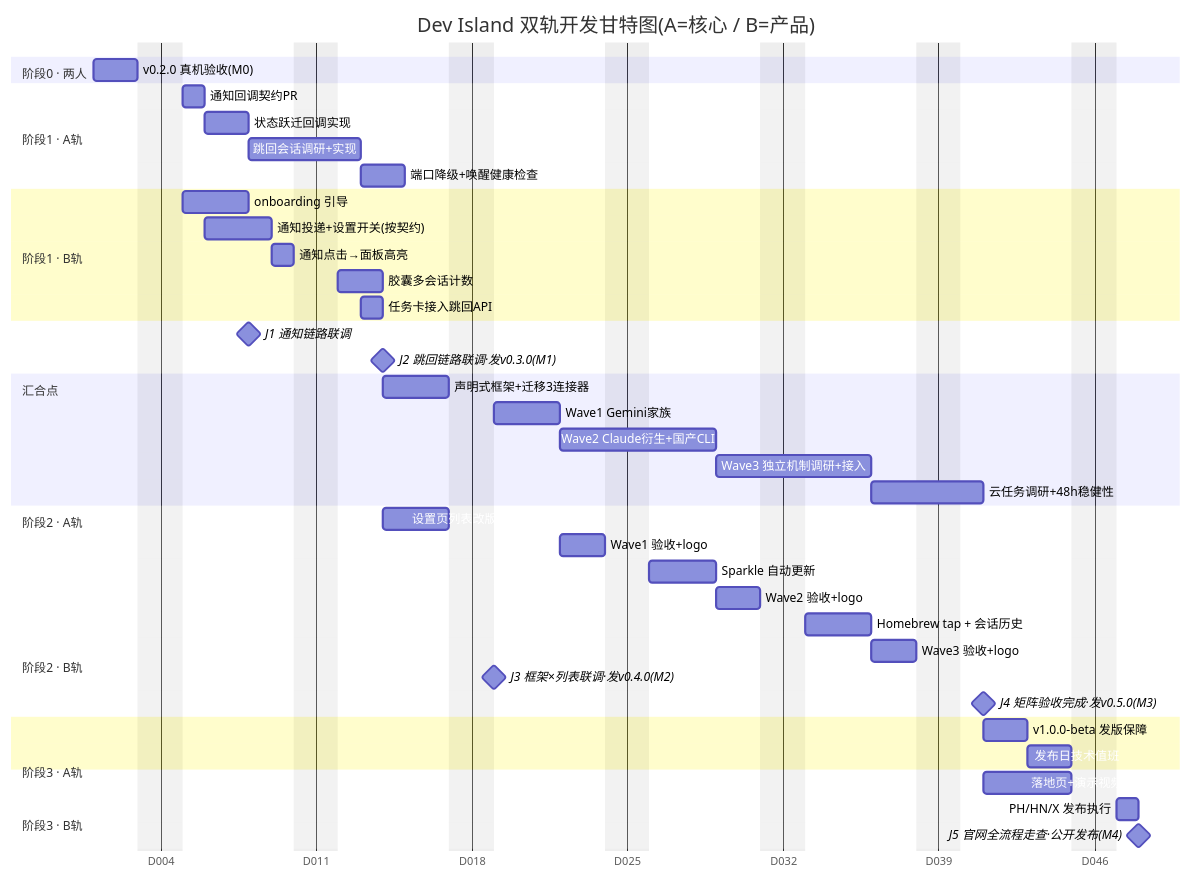
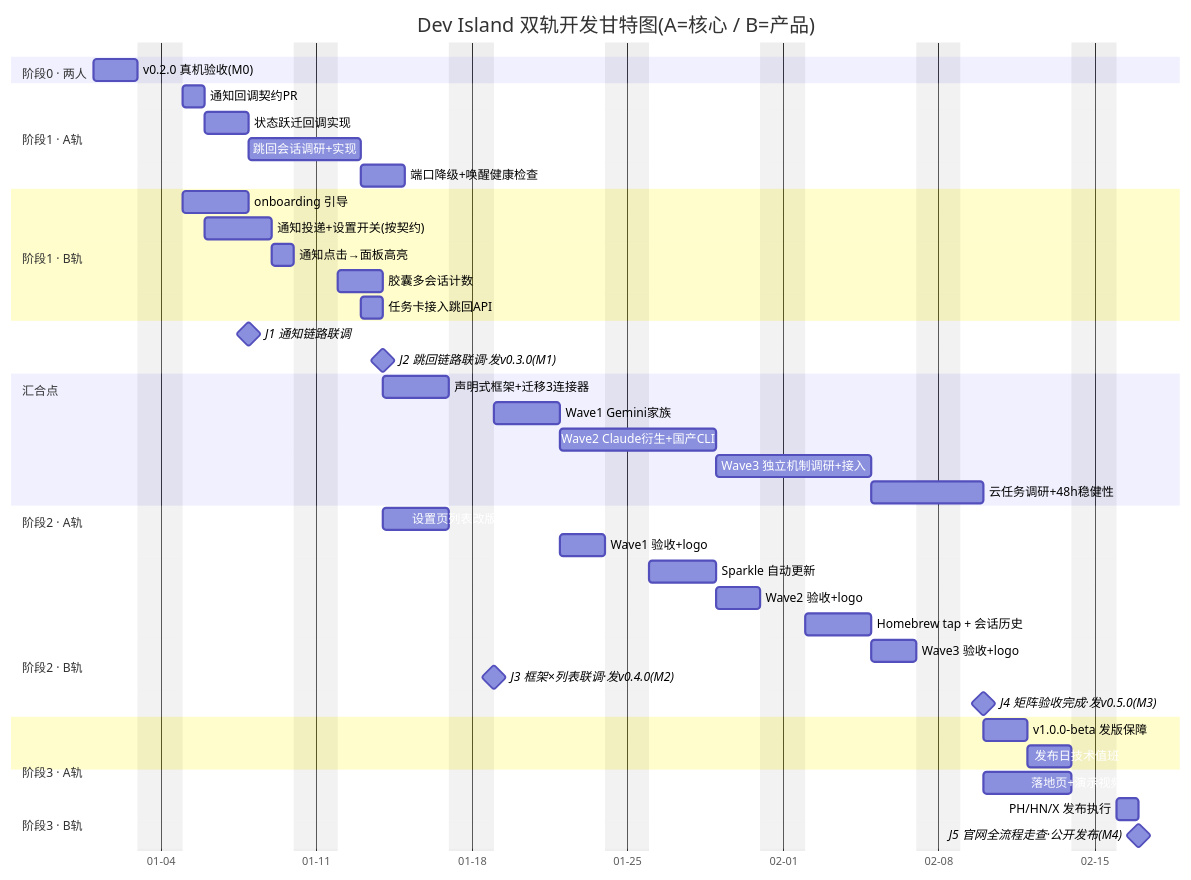
Before and after one commit to sheepxux/Dev-Island: the diagram in docs/ROADMAP.md, drawn with Mermaid. The commit also changed other lines of this file and 5 other files, not shown here.

````diff
--- a/docs/ROADMAP.md
+++ b/docs/ROADMAP.md
@@ -100,57 +100,57 @@
 ```mermaid
 gantt
     title Dev Island 双轨开发甘特图(A=核心 / B=产品)
     dateFormat  YYYY-MM-DD
-    axisFormat  D%j
+    axisFormat  %m-%d
     excludes    weekends
 
     section 阶段0 · 两人
     v0.2.0 真机验收(M0)          :m0, 2026-01-01, 2d
 
     section 阶段1 · A轨
     通知回调契约PR                 :a1, after m0, 1d
     状态跃迁回调实现               :a2, after a1, 2d
     跳回会话调研+实现              :a3, after a2, 3d
     端口降级+唤醒健康检查          :a4, after a3, 2d
 
     section 阶段1 · B轨
     onboarding 引导               :b1, after m0, 3d
     通知投递+设置开关(按契约)    :b2, after a1, 3d
     通知点击→面板高亮             :b3, after b2, 1d
     胶囊多会话计数                 :b4, after b3, 2d
     任务卡接入跳回API              :b5, after a3, 1d
 
     section 汇合点
     J1 通知链路联调                :milestone, j1, after a2, 0d
     J2 跳回链路联调·发v0.3.0(M1) :milestone, j2, after a3 b5, 0d
 
     section 阶段2 · A轨
     声明式框架+迁移3连接器         :a5, after j2, 3d
     Wave1 Gemini家族               :a6, after a5, 3d
     Wave2 Claude衍生+国产CLI       :a7, after a6, 5d
     Wave3 独立机制调研+接入        :a8, after a7, 5d
     云任务调研+48h稳健性           :a9, after a8, 3d
 
     section 阶段2 · B轨
     设置页列表改版                 :b6, after j2, 3d
     Wave1 验收+logo                :b7, after a6, 2d
     Sparkle 自动更新               :b8, after b7, 3d
     Wave2 验收+logo                :b9, after a7, 2d
     Homebrew tap + 会话历史        :b10, after b9, 3d
     Wave3 验收+logo                :b11, after a8, 2d
 
     section 汇合点
     J3 框架×列表联调·发v0.4.0(M2):milestone, j3, after a5 b6, 0d
     J4 矩阵验收完成·发v0.5.0(M3) :milestone, j4, after a9 b11, 0d
 
     section 阶段3 · A轨
     v1.0.0-beta 发版保障           :a10, after j4, 2d
     发布日技术值班                 :a11, after a10, 2d
 
     section 阶段3 · B轨
     落地页+演示视频                :b12, after j4, 4d
     PH/HN/X 发布执行               :b13, after b12, 1d
 
     section 汇合点
     J5 官网全流程走查·公开发布(M4):milestone, j5, after a11 b13, 0d
 ```
````
